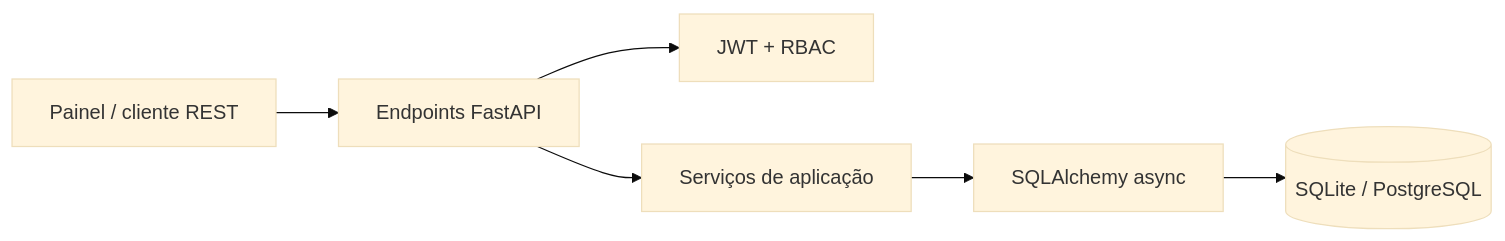
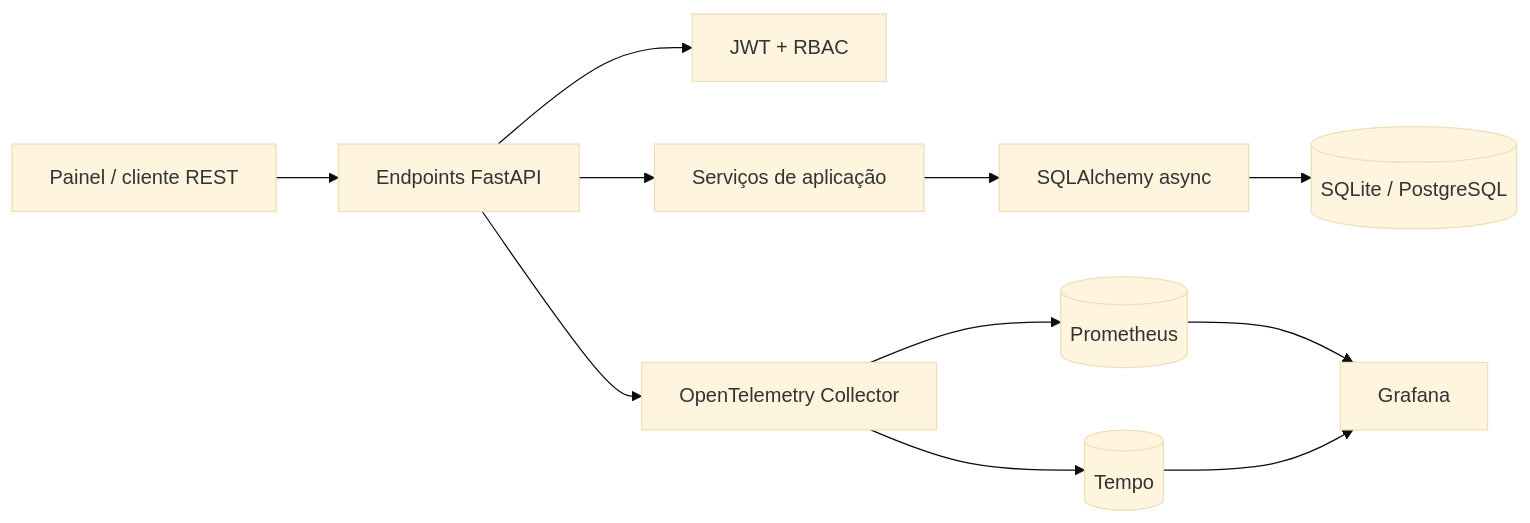
The first of 3 diagrams in docs/ARCHITECTURE.md (jhonwictordev/stockflow-api), drawn with Mermaid (base theme) before and after one commit. The commit also changed other lines of this file and 21 other files, not shown here.

````diff
--- a/docs/ARCHITECTURE.md
+++ b/docs/ARCHITECTURE.md
@@ -9,8 +9,13 @@
 ```mermaid
 flowchart LR
     UI[Painel / cliente REST] --> API[Endpoints FastAPI]
     API --> DEP[JWT + RBAC]
     API --> SVC[Serviços de aplicação]
     SVC --> ORM[SQLAlchemy async]
     ORM --> DB[(SQLite / PostgreSQL)]
+    API --> OTEL[OpenTelemetry Collector]
+    OTEL --> PROM[(Prometheus)]
+    OTEL --> TEMPO[(Tempo)]
+    PROM --> GRAFANA[Grafana]
+    TEMPO --> GRAFANA
 ```
````
